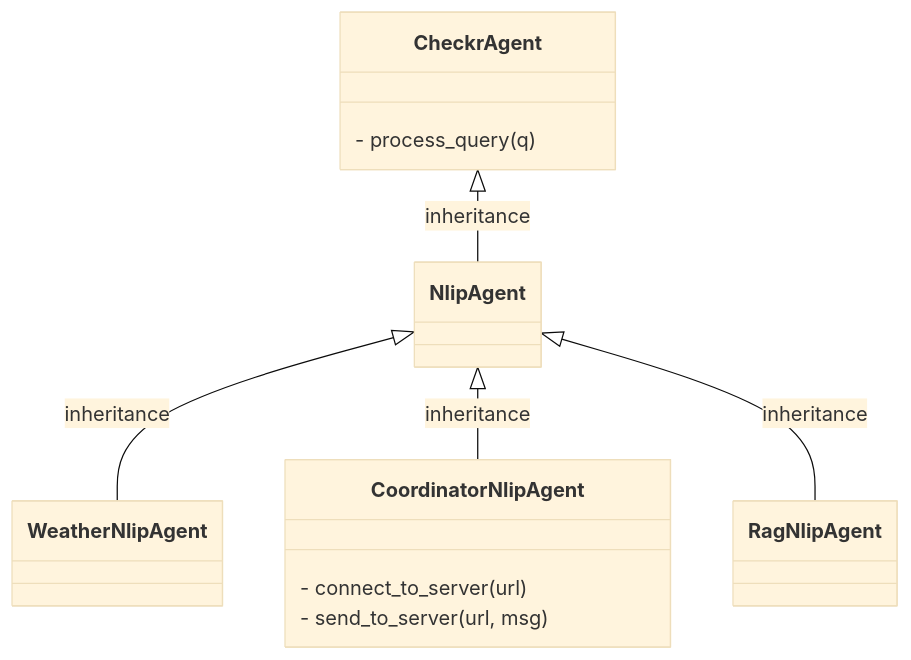
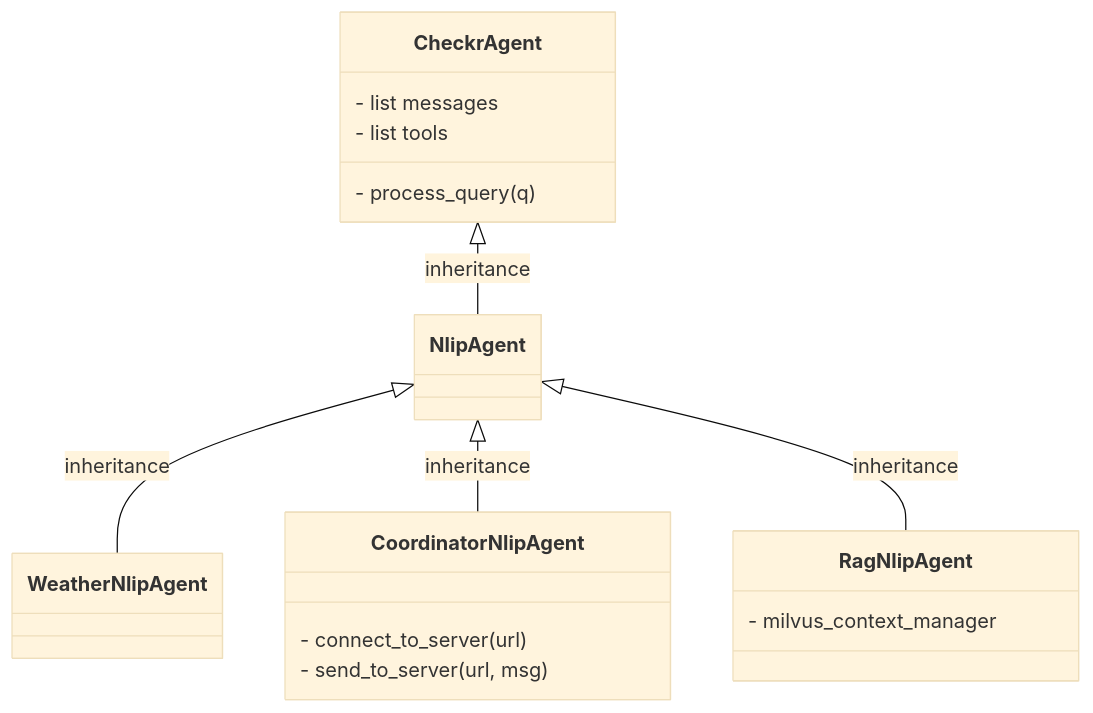
The diagram in checkr_agents/agents/README.md (sheffler/checkr-agents), drawn with Mermaid (base theme) before and after one commit.

````diff
--- a/checkr_agents/agents/README.md
+++ b/checkr_agents/agents/README.md
@@ -3,26 +3,30 @@
 ``` mermaid
 
 classDiagram
     class CheckrAgent {
+	  - list messages
+	  - list tools
+
 	  - process_query(q)
 	}
 	
 	class NlipAgent {
 	}
 
 	class WeatherNlipAgent {
 	}
 
 	class CoordinatorNlipAgent {
 	  - connect_to_server(url)
 	  - send_to_server(url, msg)
 	}
 
 	class RagNlipAgent {
+	  - milvus_context_manager
 	}
 	
 	CheckrAgent <|-- NlipAgent : inheritance
 	NlipAgent <|-- WeatherNlipAgent : inheritance
 	NlipAgent <|-- CoordinatorNlipAgent : inheritance
 	NlipAgent <|-- RagNlipAgent : inheritance
 ```
````
